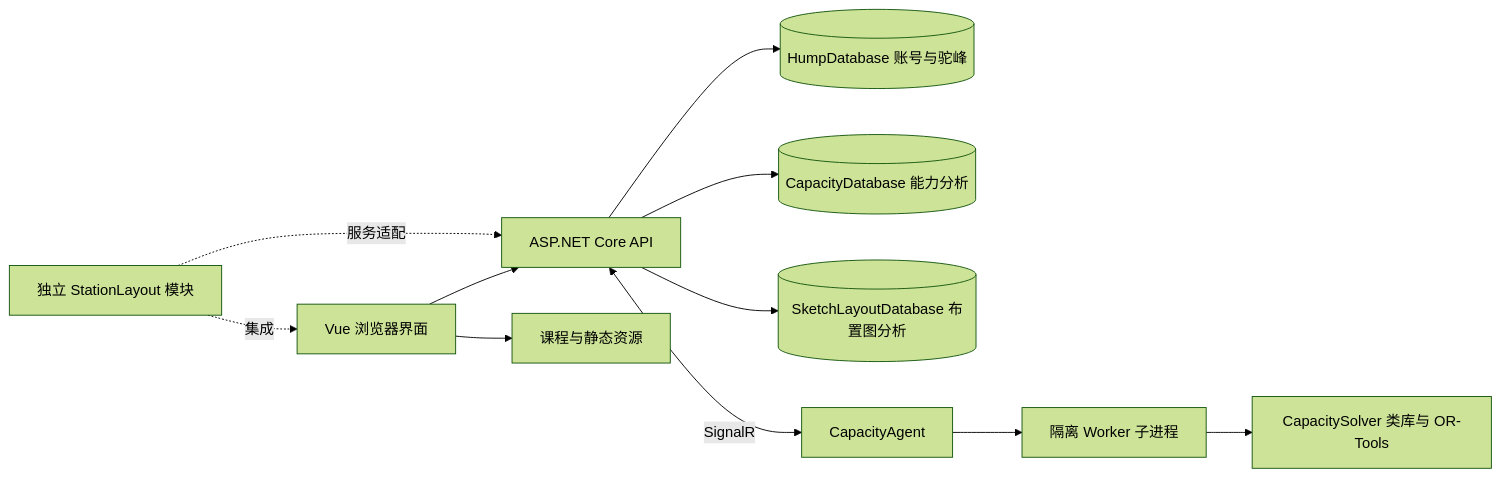
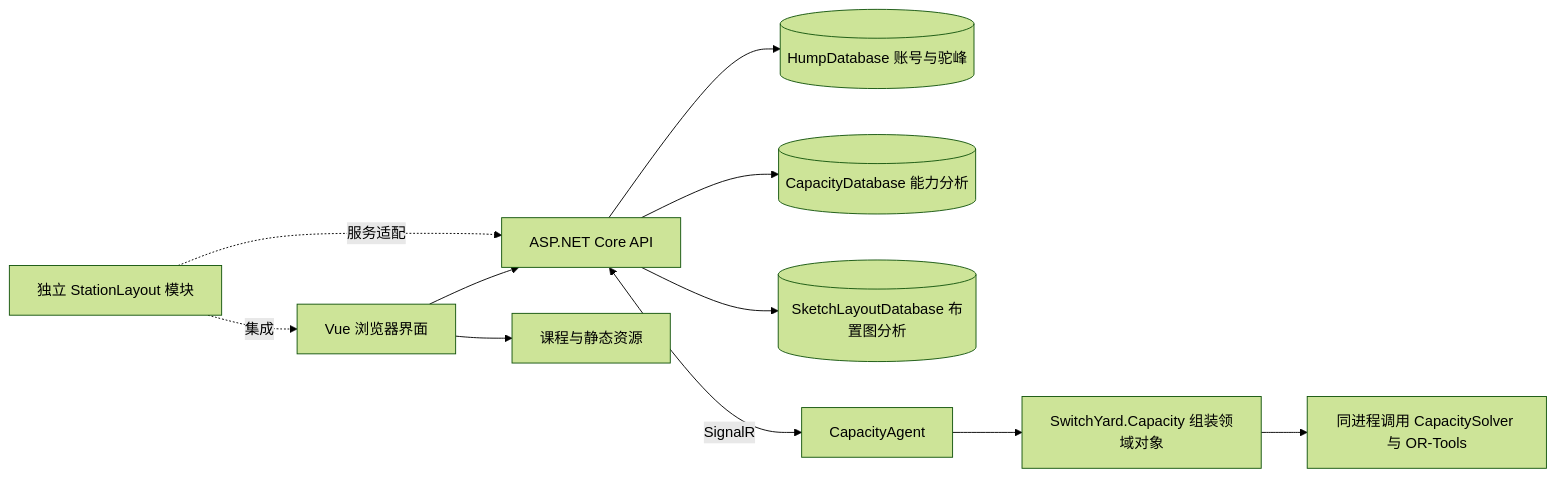
The diagram in docs/zh-CN/01-overview.md (lzw37/SwitchYard), drawn with Mermaid (forest theme) before and after one commit. The commit also changed other lines of this file and 28 other files, not shown here.

Commit message:
Reconstruct capacity solver program

````diff
--- a/docs/zh-CN/01-overview.md
+++ b/docs/zh-CN/01-overview.md
@@ -63,13 +63,13 @@
 ```mermaid
 flowchart LR
     Browser[Vue 浏览器界面] --> API[ASP.NET Core API]
     Browser --> Assets[课程与静态资源]
     API --> HumpDB[(HumpDatabase 账号与驼峰)]
     API --> CapacityDB[(CapacityDatabase 能力分析)]
     API --> SketchDB[(SketchLayoutDatabase 布置图分析)]
     API <-->|SignalR| Agent[CapacityAgent]
-    Agent --> Worker[隔离 Worker 子进程]
-    Worker --> Solver[CapacitySolver 类库与 OR-Tools]
+    Agent --> Domain[SwitchYard.Capacity 组装领域对象]
+    Domain --> Solver[同进程调用 CapacitySolver 与 OR-Tools]
     Module[独立 StationLayout 模块] -. 集成 .-> Browser
     Module -. 服务适配 .-> API
 ```
````
